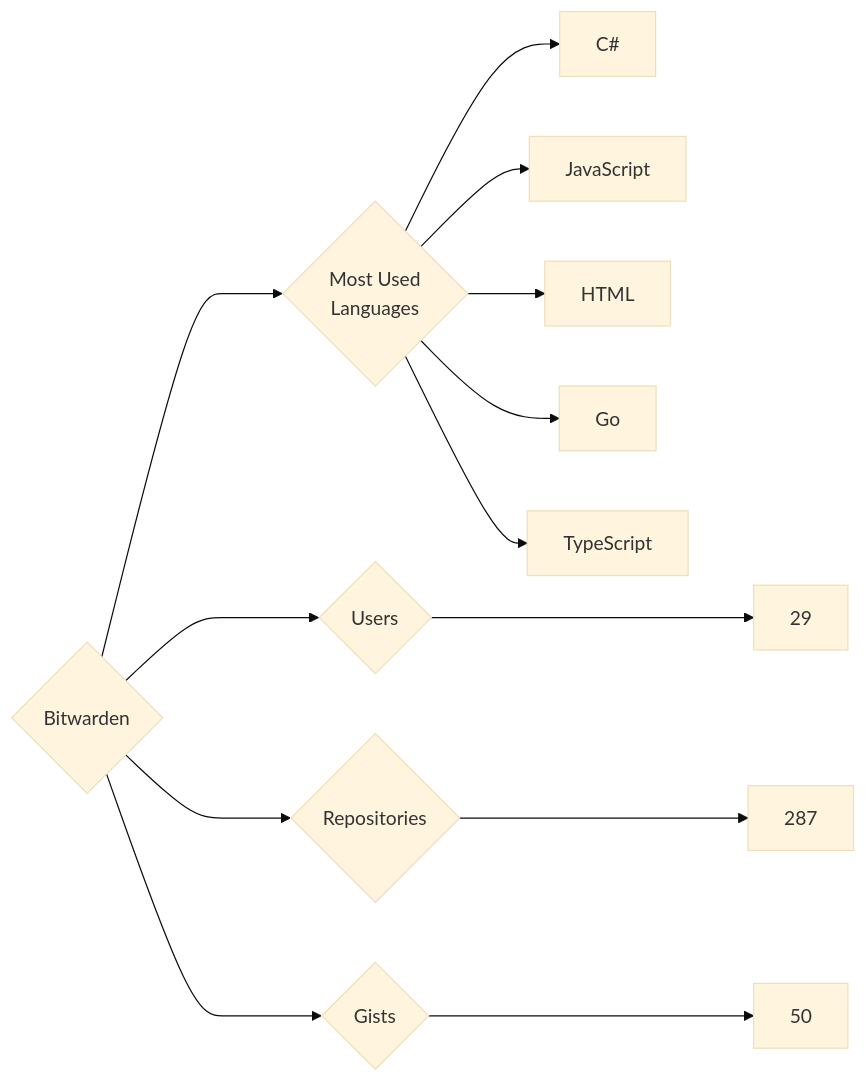
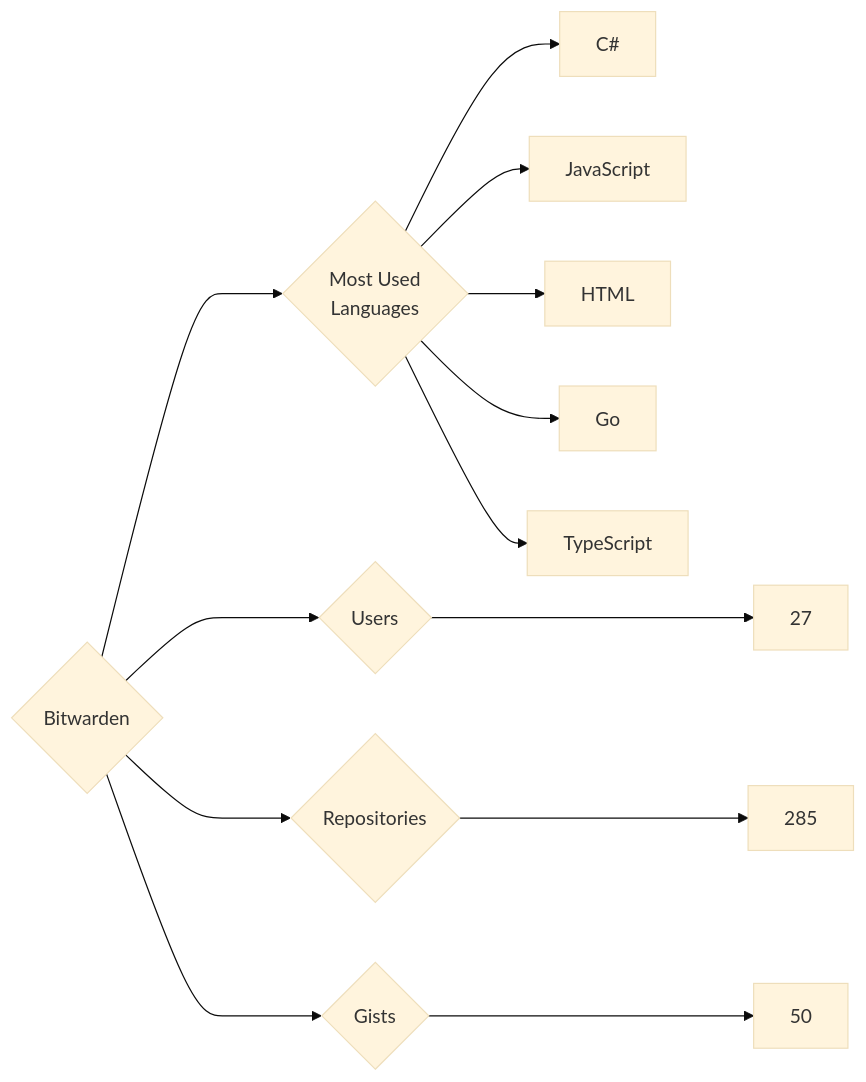
The diagram in targets/Bitwarden/README.md (trickest/insiders), drawn with Mermaid (base theme) before and after one commit. The commit also changed 847 other files, not shown here.

````diff
--- a/targets/Bitwarden/README.md
+++ b/targets/Bitwarden/README.md
@@ -3,13 +3,13 @@
 ```mermaid
 graph LR
 COMPANY_NAME{Bitwarden}
-COMPANY_NAME ---> U{Users} ---> UN[29]
-COMPANY_NAME ---> R{Repositories} ---> RN[287]
+COMPANY_NAME ---> U{Users} ---> UN[27]
+COMPANY_NAME ---> R{Repositories} ---> RN[285]
 COMPANY_NAME ---> G{Gists} ---> GN[50]
 COMPANY_NAME ---> ML{Most Used<br>Languages}
 ML --> C#[C#]
 ML --> JavaScript[JavaScript]
 ML --> HTML[HTML]
 ML --> Go[Go]
 ML --> TypeScript[TypeScript]
 ```
````
